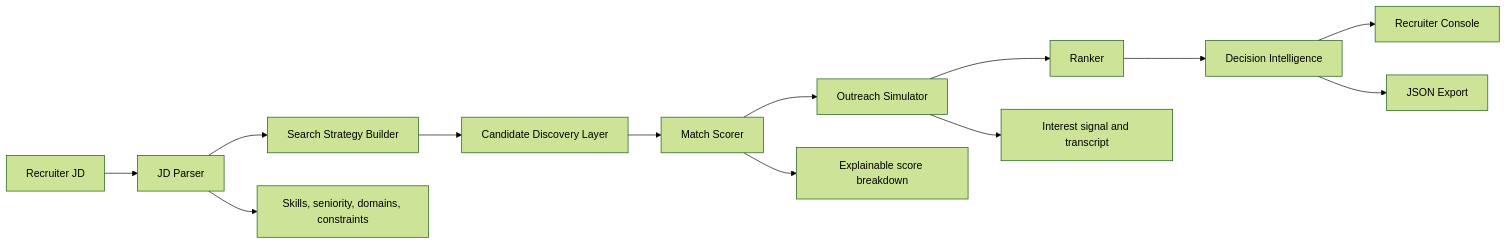
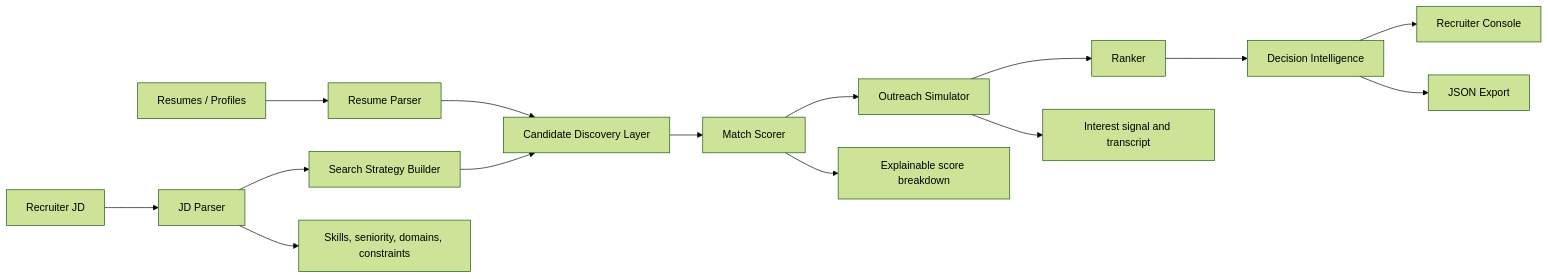
One commit to Sehaj64/catalyst-talent-agent changed the diagram in README.md. Above: the diagram before and after it, drawn with Mermaid (forest theme). The commit also changed other lines of this file and 11 other files, not shown here.

````diff
--- a/README.md
+++ b/README.md
@@ -29,16 +30,18 @@
 ```mermaid
 flowchart LR
     A["Recruiter JD"] --> B["JD Parser"]
+    R["Resumes / Profiles"] --> RP["Resume Parser"]
     B --> C["Search Strategy Builder"]
-    C --> D["Candidate Discovery Layer"]
+    RP --> D["Candidate Discovery Layer"]
+    C --> D
     D --> E["Match Scorer"]
     E --> F["Outreach Simulator"]
     F --> G["Ranker"]
     G --> H["Decision Intelligence"]
     H --> I["Recruiter Console"]
     H --> J["JSON Export"]
 
     B --> B1["Skills, seniority, domains, constraints"]
     E --> E1["Explainable score breakdown"]
     F --> F1["Interest signal and transcript"]
 ```
````
